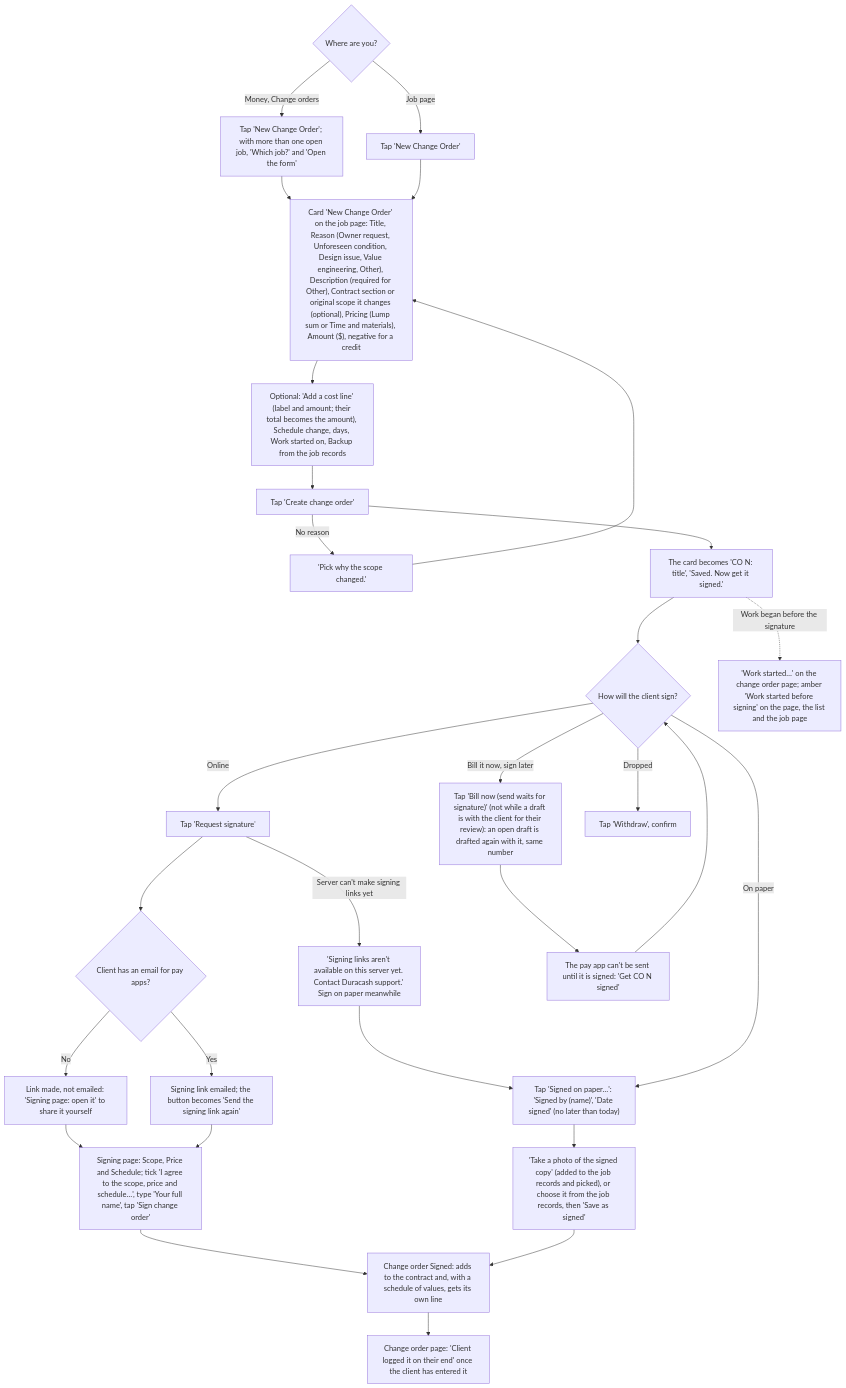
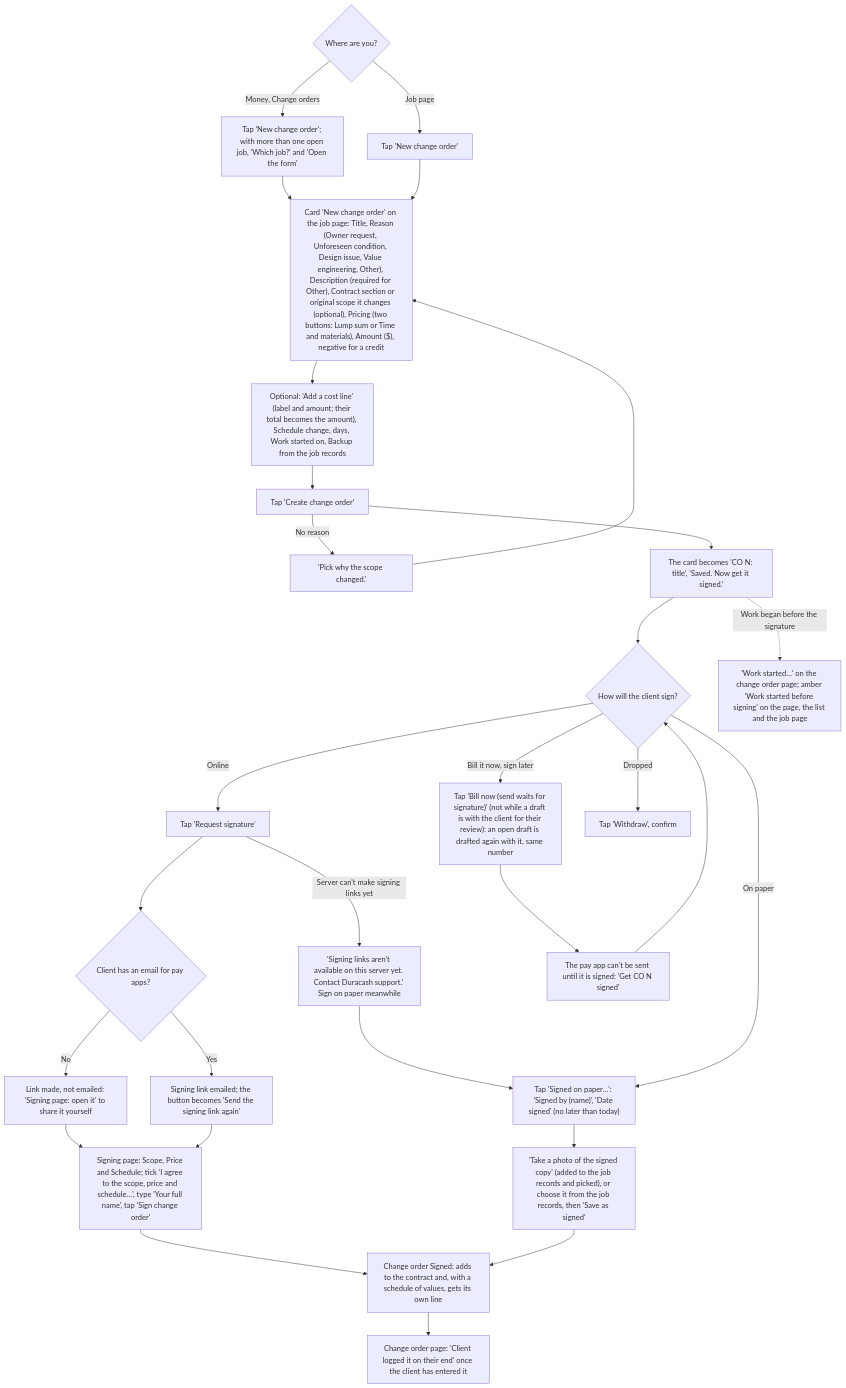
The sixth of 18 diagrams in docs/client-flows.md (cartwrightstephen/billdable), drawn with Mermaid before and after one commit. The commit also changed other lines of this file and 3 other files, not shown here.

Commit message:
Docs for Round 1: client-flows.md for every part and the follow-ups, file:line references refreshed, helper answers for New job, New job record, the client card, This billing period, Results and a team of one, README and MANUAL-TEST in sentence case

````diff
--- a/docs/client-flows.md
+++ b/docs/client-flows.md
@@ -266,31 +274,31 @@
 ```mermaid
 flowchart TD
-    A{"Where are you?"} -->|"Job page"| A1["Tap 'New Change Order'"]
-    A -->|"Money, Change orders"| A2["Tap 'New Change Order'; with more than one open job, 'Which job?' and 'Open the form'"]
+    A{"Where are you?"} -->|"Job page"| A1["Tap 'New change order'"]
+    A -->|"Money, Change orders"| A2["Tap 'New change order'; with more than one open job, 'Which job?' and 'Open the form'"]
     A2 --> B
-    A1 --> B["Card 'New Change Order' on the job page: Title, Reason (Owner request, Unforeseen condition, Design issue, Value engineering, Other), Description (required for Other), Contract section or original scope it changes (optional), Pricing (Lump sum or Time and materials), Amount ($), negative for a credit"]
+    A1 --> B["Card 'New change order' on the job page: Title, Reason (Owner request, Unforeseen condition, Design issue, Value engineering, Other), Description (required for Other), Contract section or original scope it changes (optional), Pricing (two buttons: Lump sum or Time and materials), Amount ($), negative for a credit"]
     B --> B2["Optional: 'Add a cost line' (label and amount; their total becomes the amount), Schedule change, days, Work started on, Backup from the job records"]
     B2 --> D["Tap 'Create change order'"]
     D -->|"No reason"| D2["'Pick why the scope changed.'"]
     D2 --> B
     D --> E["The card becomes 'CO N: title', 'Saved. Now get it signed.'"]
     E --> F{"How will the client sign?"}
     F -->|"Online"| G["Tap 'Request signature'"]
     G -->|"Server can't make signing links yet"| G2["'Signing links aren't available on this server yet. Contact Duracash support.' Sign on paper meanwhile"]
     G2 --> L
     G --> H{"Client has an email for pay apps?"}
     H -->|"Yes"| I["Signing link emailed; the button becomes 'Send the signing link again'"]
     H -->|"No"| J["Link made, not emailed: 'Signing page: open it' to share it yourself"]
     J --> K
     I --> K["Signing page: Scope, Price and Schedule; tick 'I agree to the scope, price and schedule…', type 'Your full name', tap 'Sign change order'"]
     F -->|"On paper"| L["Tap 'Signed on paper…': 'Signed by (name)', 'Date signed' (no later than today)"]
     L --> M["'Take a photo of the signed copy' (added to the job records and picked), or choose it from the job records, then 'Save as signed'"]
     F -->|"Bill it now, sign later"| N["Tap 'Bill now (send waits for signature)' (not while a draft is with the client for their review): an open draft is drafted again with it, same number"]
     N --> O["The pay app can't be sent until it is signed: 'Get CO N signed'"]
     O --> F
     F -->|"Dropped"| P["Tap 'Withdraw', confirm"]
     K --> Q["Change order Signed: adds to the contract and, with a schedule of values, gets its own line"]
     M --> Q
     Q --> R["Change order page: 'Client logged it on their end' once the client has entered it"]
     E -.->|"Work began before the signature"| W["'Work started…' on the change order page; amber 'Work started before signing' on the page, the list and the job page"]
 ```
````
